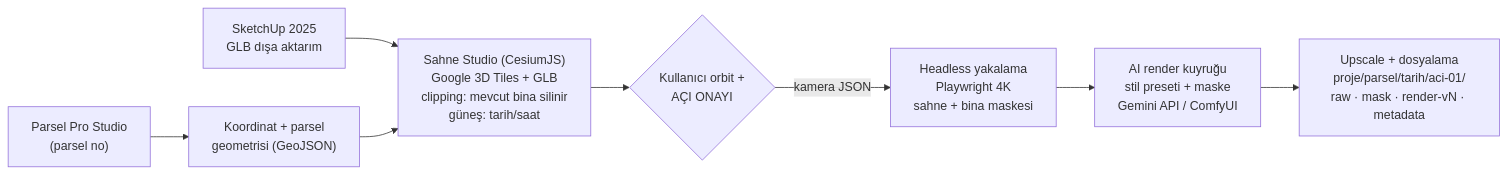
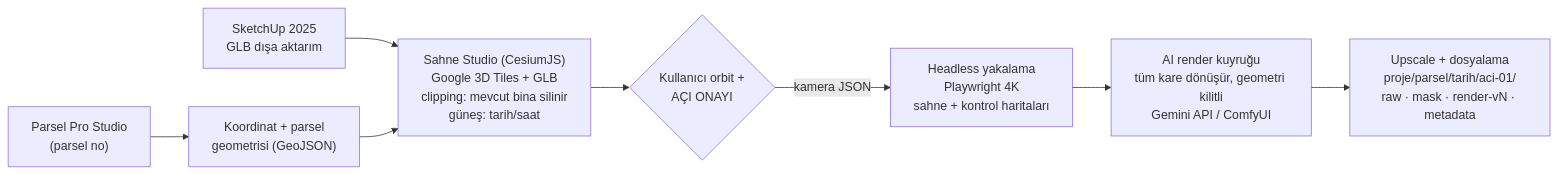
Before and after one commit to mimarmt/test-repo: the diagram in gercek-cevre-render-yol-haritasi.md, drawn with Mermaid. The commit also changed other lines of this file, not shown here.

First line of the commit message:
AI render yaklaşımını güncelle: arka plan kilidi yerine tam-kare dönüşüm

````diff
--- a/gercek-cevre-render-yol-haritasi.md
+++ b/gercek-cevre-render-yol-haritasi.md
@@ -84,10 +84,10 @@
 ```mermaid
 flowchart LR
     A["Parsel Pro Studio<br/>(parsel no)"] --> B["Koordinat + parsel<br/>geometrisi (GeoJSON)"]
     S["SketchUp 2025<br/>GLB dışa aktarım"] --> C
     B --> C["Sahne Studio (CesiumJS)<br/>Google 3D Tiles + GLB<br/>clipping: mevcut bina silinir<br/>güneş: tarih/saat"]
     C --> D{"Kullanıcı orbit +<br/>AÇI ONAYI"}
-    D -->|kamera JSON| E["Headless yakalama<br/>Playwright 4K<br/>sahne + bina maskesi"]
-    E --> F["AI render kuyruğu<br/>stil preseti + maske<br/>Gemini API / ComfyUI"]
+    D -->|kamera JSON| E["Headless yakalama<br/>Playwright 4K<br/>sahne + kontrol haritaları"]
+    E --> F["AI render kuyruğu<br/>tüm kare dönüşür, geometri kilitli<br/>Gemini API / ComfyUI"]
     F --> G["Upscale + dosyalama<br/>proje/parsel/tarih/aci-01/<br/>raw · mask · render-vN · metadata"]
 ```
````
